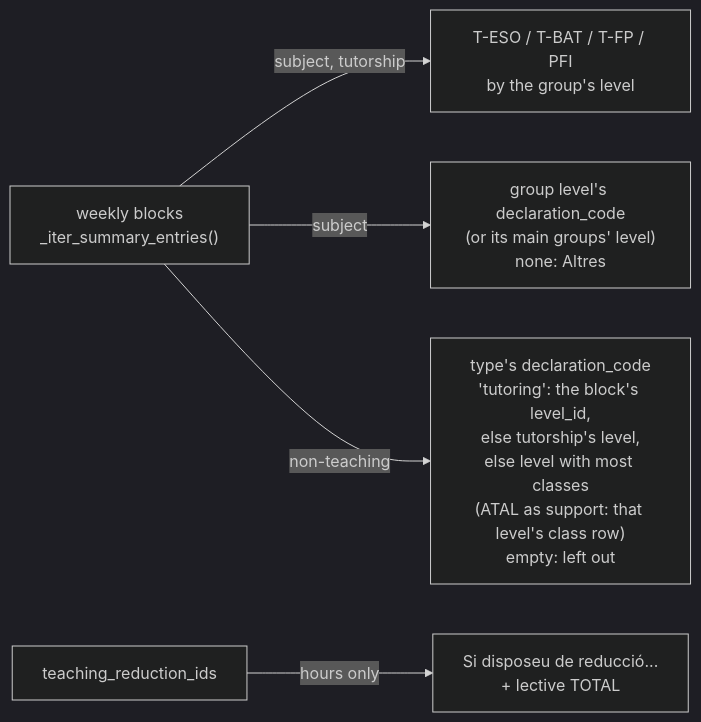
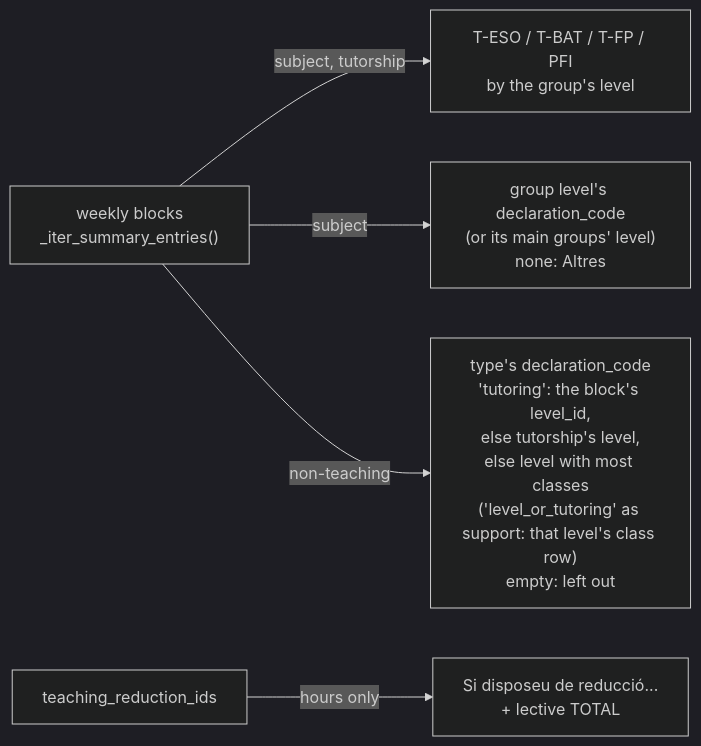
The fifth of 9 diagrams in docs/en/developers/employees/working_schedule.md (ElPuig/EMS), drawn with Mermaid (dark theme) before and after one commit. The commit also changed other lines of this file and 16 other files, not shown here.

First line of the commit message:
Schedule declaration: configurable 'Level or tutoring' code (#846)

````diff
--- a/docs/en/developers/employees/working_schedule.md
+++ b/docs/en/developers/employees/working_schedule.md
@@ -400,7 +400,7 @@
 ```mermaid
 graph LR
     B["weekly blocks<br/>_iter_summary_entries()"] -->|subject, tutorship| T["T-ESO / T-BAT / T-FP / PFI<br/>by the group's level"]
     B -->|subject| L["group level's declaration_code<br/>(or its main groups' level)<br/>none: Altres"]
-    B -->|non-teaching| N["type's declaration_code<br/>'tutoring': the block's level_id,<br/>else tutorship's level,<br/>else level with most classes<br/>(ATAL as support: that level's class row)<br/>empty: left out"]
+    B -->|non-teaching| N["type's declaration_code<br/>'tutoring': the block's level_id,<br/>else tutorship's level,<br/>else level with most classes<br/>('level_or_tutoring' as support: that level's class row)<br/>empty: left out"]
     R["teaching_reduction_ids"] -->|hours only| RR["Si disposeu de reducció...<br/>+ lective TOTAL"]
 ```
````
